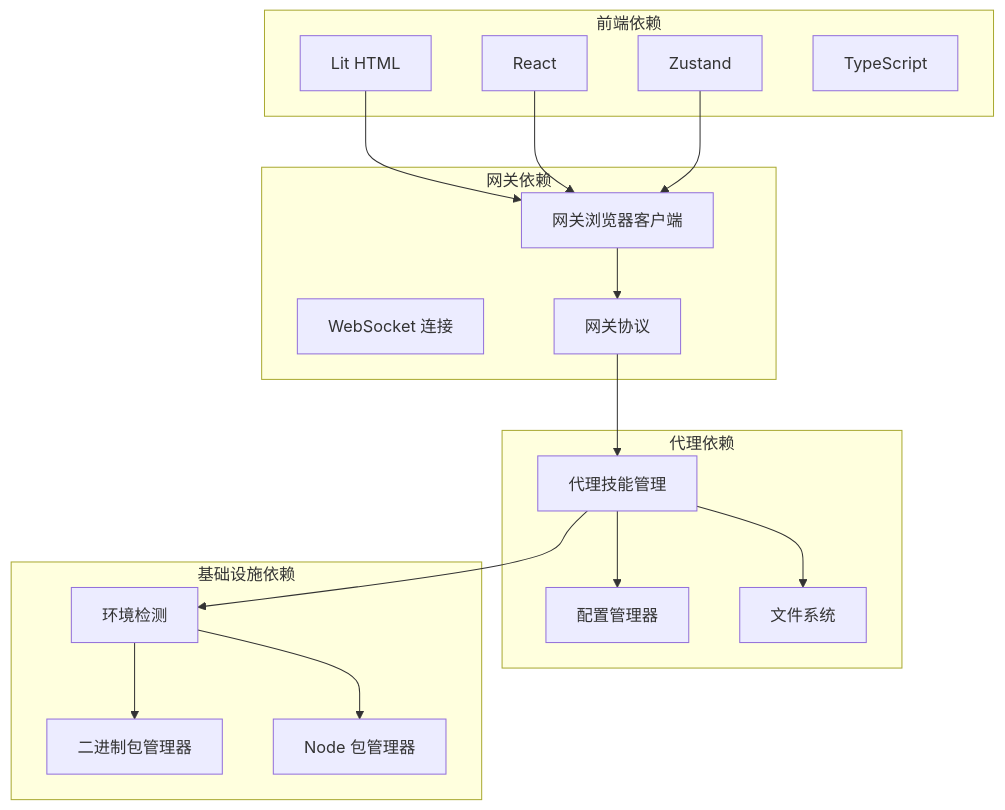
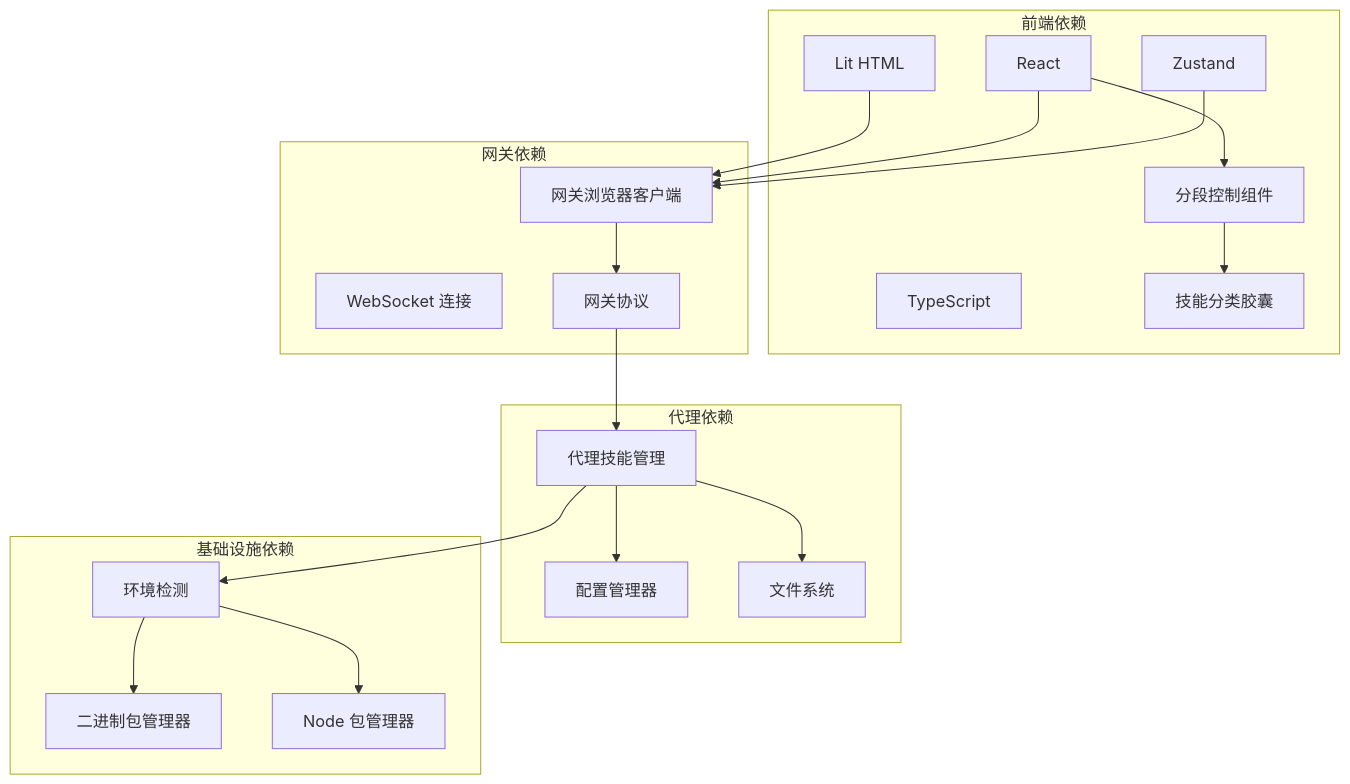
The seventh of 8 diagrams in .qoder/repowiki/zh/content/Web界面/UI组件系统/技能工具栏.md (verse-ai-org/openclaw), drawn with Mermaid before and after one commit. The commit also changed other lines of this file and 13 other files, not shown here.

````diff
--- a/.qoder/repowiki/zh/content/Web界面/UI组件系统/技能工具栏.md
+++ b/.qoder/repowiki/zh/content/Web界面/UI组件系统/技能工具栏.md
@@ -303,34 +381,38 @@
 ```mermaid
 graph TB
 subgraph "前端依赖"
 Lit_HTML[Lit HTML]
 React[React]
 Zustand[Zustand]
 TypeScript[TypeScript]
+SegmentedControl[分段控制组件]
+SkillCategoryPills[技能分类胶囊]
 end
 subgraph "网关依赖"
 Gateway_Client[网关浏览器客户端]
 WebSocket[WebSocket 连接]
 Protocol[网关协议]
 end
 subgraph "代理依赖"
 Agent_Skills[代理技能管理]
 Config_Manager[配置管理器]
 File_System[文件系统]
 end
 subgraph "基础设施依赖"
 Environment[环境检测]
 Binary_Manager[二进制包管理器]
 Node_Manager[Node 包管理器]
 end
 Lit_HTML --> Gateway_Client
 React --> Gateway_Client
+React --> SegmentedControl
+SegmentedControl --> SkillCategoryPills
 Zustand --> Gateway_Client
 Gateway_Client --> Protocol
 Protocol --> Agent_Skills
 Agent_Skills --> Config_Manager
 Agent_Skills --> File_System
 Agent_Skills --> Environment
 Environment --> Binary_Manager
 Environment --> Node_Manager
 ```
````
